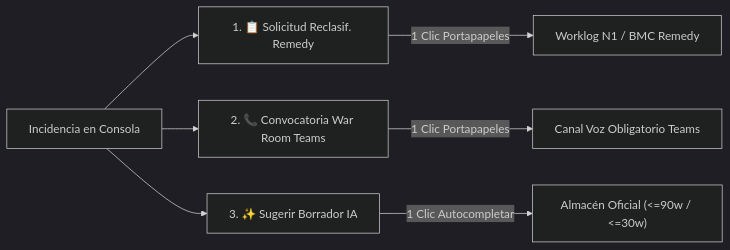
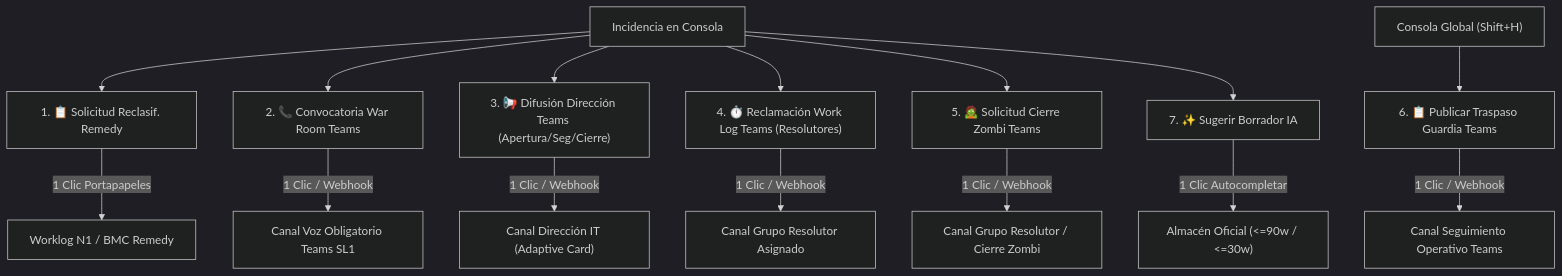
Before and after one commit to jfdelafuente/release-dashboard-application: the fourth of 8 diagrams in docs/02-gestion-emergencias/manual-consola-operativa.md, drawn with Mermaid (dark theme). The commit also changed other lines of this file and 9 other files, not shown here.

````diff
--- a/docs/02-gestion-emergencias/manual-consola-operativa.md
+++ b/docs/02-gestion-emergencias/manual-consola-operativa.md
@@ -291,9 +291,17 @@
 ```mermaid
-flowchart LR
+flowchart TD
     A["Incidencia en Consola"] --> B["1. 📋 Solicitud Reclasif. Remedy"]
     A --> C["2. 📞 Convocatoria War Room Teams"]
-    A --> D["3. ✨ Sugerir Borrador IA"]
-    B -->|"1 Clic Portapapeles"| E["Worklog N1 / BMC Remedy"]
-    C -->|"1 Clic Portapapeles"| F["Canal Voz Obligatorio Teams"]
-    D -->|"1 Clic Autocompletar"| G["Almacén Oficial (<=90w / <=30w)"]
+    A --> D["3. 📢 Difusión Dirección Teams (Apertura/Seg/Cierre)"]
+    A --> E["4. ⏱️ Reclamación Work Log Teams (Resolutores)"]
+    A --> F["5. 🧟 Solicitud Cierre Zombi Teams"]
+    G["Consola Global (Shift+H)"] --> H["6. 📋 Publicar Traspaso Guardia Teams"]
+    A --> I["7. ✨ Sugerir Borrador IA"]
+    B -->|"1 Clic Portapapeles"| J["Worklog N1 / BMC Remedy"]
+    C -->|"1 Clic / Webhook"| K["Canal Voz Obligatorio Teams SL1"]
+    D -->|"1 Clic / Webhook"| L["Canal Dirección IT (Adaptive Card)"]
+    E -->|"1 Clic / Webhook"| M["Canal Grupo Resolutor Asignado"]
+    F -->|"1 Clic / Webhook"| N["Canal Grupo Resolutor / Cierre Zombi"]
+    H -->|"1 Clic / Webhook"| O["Canal Seguimiento Operativo Teams"]
+    I -->|"1 Clic Autocompletar"| P["Almacén Oficial (<=90w / <=30w)"]
 ```
````
